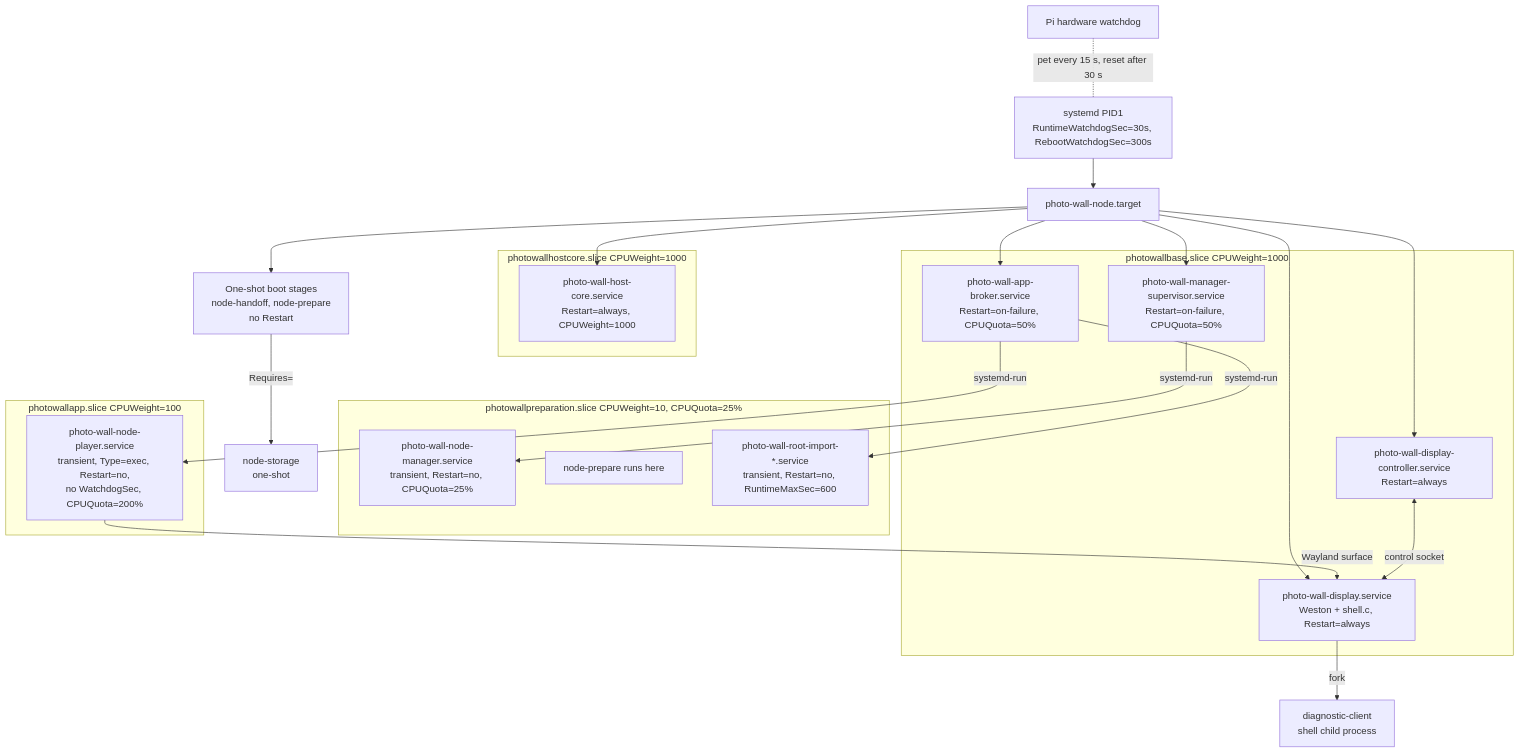
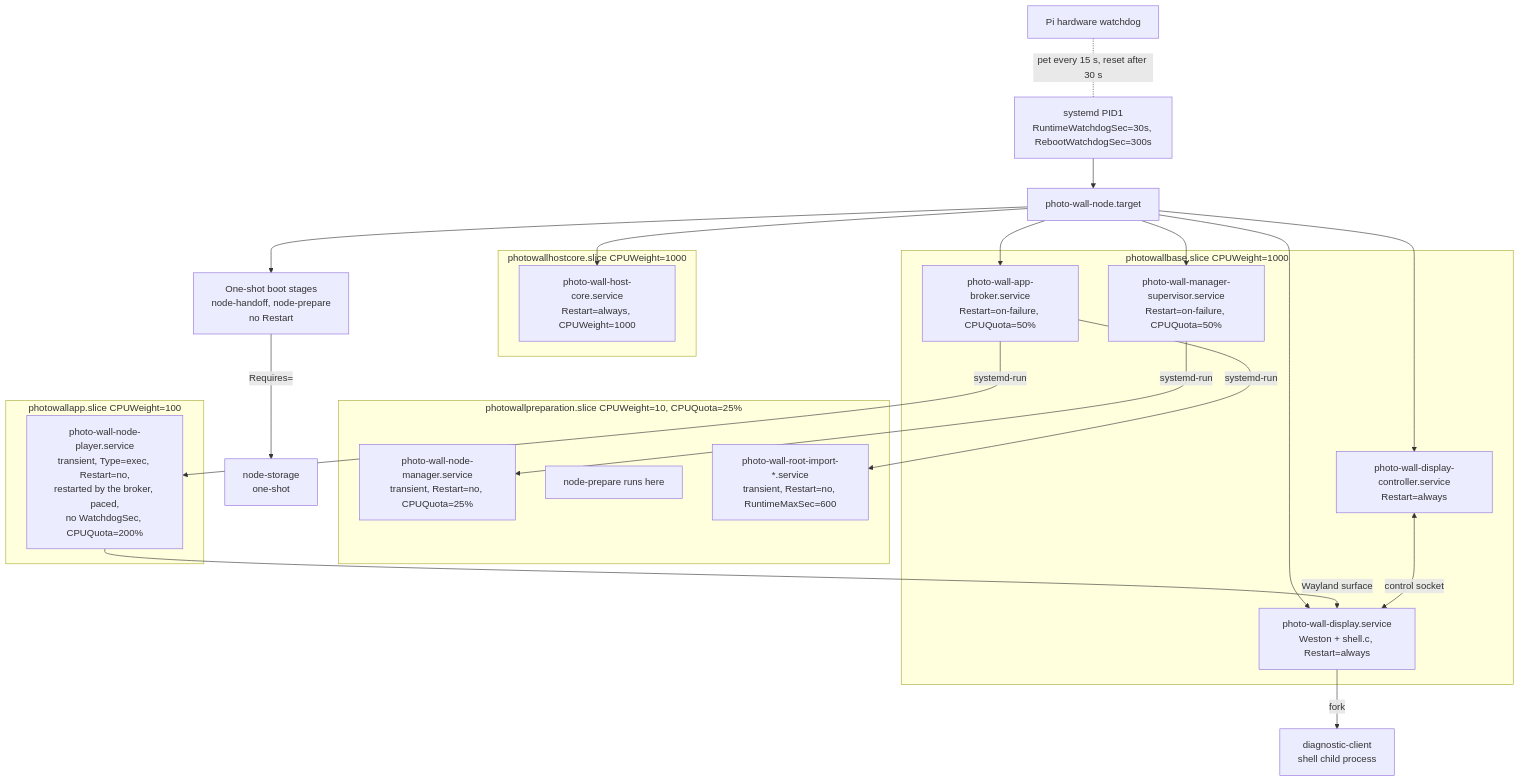
The first of 5 diagrams in docs/player-architecture.md (mcurcio/photo-wall), drawn with Mermaid before and after one commit. The commit also changed other lines of this file and 8 other files, not shown here.

````diff
--- a/docs/player-architecture.md
+++ b/docs/player-architecture.md
@@ -29,36 +29,36 @@
 ```mermaid
 flowchart TD
     HW[Pi hardware watchdog] -. pet every 15 s, reset after 30 s .- PID1
     PID1[systemd PID1<br/>RuntimeWatchdogSec=30s, RebootWatchdogSec=300s]
     PID1 --> TGT[photo-wall-node.target]
     TGT --> STG[One-shot boot stages<br/>node-handoff, node-prepare<br/>no Restart]
     STG -- Requires= --> STO[node-storage<br/>one-shot]
     subgraph HCS[photowallhostcore.slice CPUWeight=1000]
         HC[photo-wall-host-core.service<br/>Restart=always, CPUWeight=1000]
     end
     subgraph BASE[photowallbase.slice CPUWeight=1000]
         BR[photo-wall-app-broker.service<br/>Restart=on-failure, CPUQuota=50%]
         MS[photo-wall-manager-supervisor.service<br/>Restart=on-failure, CPUQuota=50%]
         WS[photo-wall-display.service<br/>Weston + shell.c, Restart=always]
         DC[photo-wall-display-controller.service<br/>Restart=always]
     end
     subgraph PREP[photowallpreparation.slice CPUWeight=10, CPUQuota=25%]
         MGR[photo-wall-node-manager.service<br/>transient, Restart=no, CPUQuota=25%]
         STGP[node-prepare runs here]
         IMP[photo-wall-root-import-*.service<br/>transient, Restart=no, RuntimeMaxSec=600]
     end
     subgraph APP[photowallapp.slice CPUWeight=100]
-        PL[photo-wall-node-player.service<br/>transient, Type=exec, Restart=no,<br/>no WatchdogSec, CPUQuota=200%]
+        PL[photo-wall-node-player.service<br/>transient, Type=exec, Restart=no,<br/>restarted by the broker, paced,<br/>no WatchdogSec, CPUQuota=200%]
     end
     TGT --> HC
     TGT --> BR
     TGT --> MS
     TGT --> WS
     TGT --> DC
     MS -- systemd-run --> MGR
     BR -- systemd-run --> PL
     BR -- systemd-run --> IMP
     WS -- fork --> DGC[diagnostic-client<br/>shell child process]
     PL -- Wayland surface --> WS
     DC <-->|control socket| WS
 ```
````
